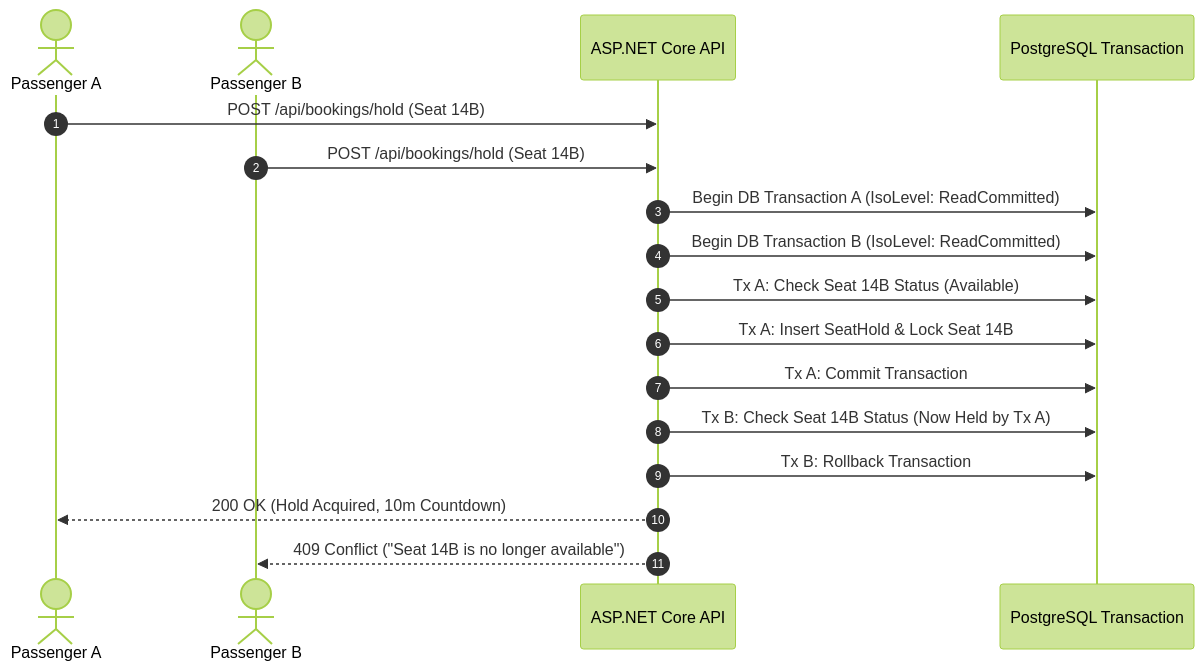
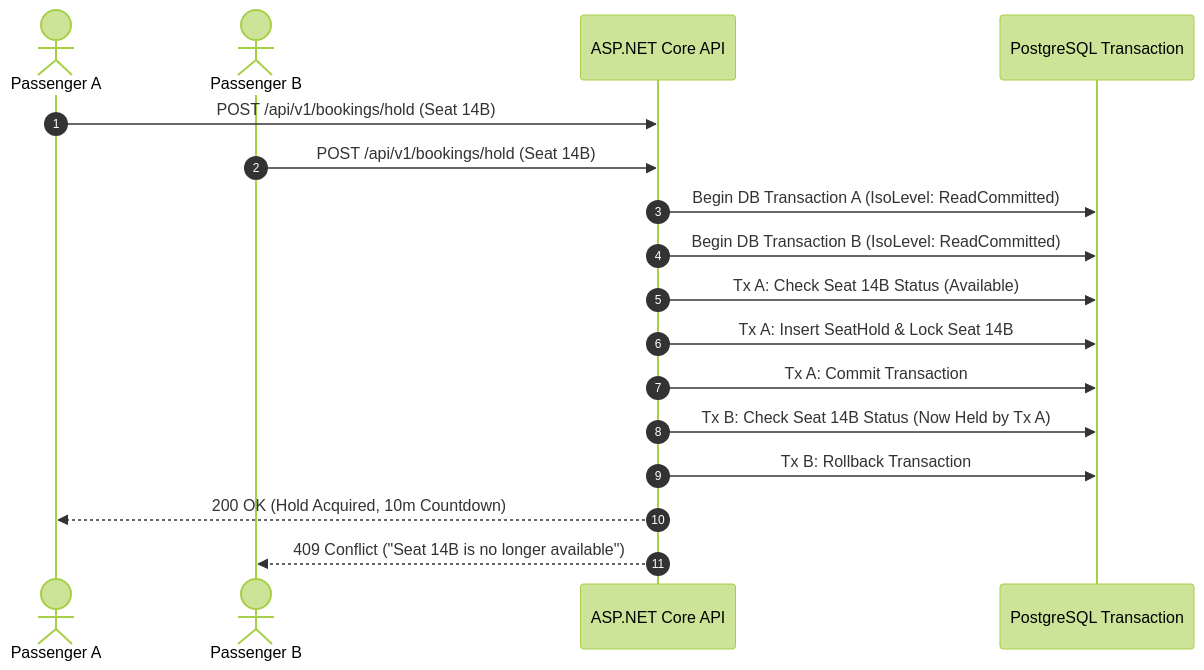
One commit to NuhadhMohomed/WayPoint changed the diagram in docs/architecture/api-design.md. Above: the diagram before and after it, drawn with Mermaid (forest theme). The commit also changed other lines of this file and 18 other files, not shown here.

````diff
--- a/docs/architecture/api-design.md
+++ b/docs/architecture/api-design.md
@@ -388,23 +388,23 @@
 ```mermaid
 sequenceDiagram
     autonumber
     actor Passenger A
     actor Passenger B
     participant API as ASP.NET Core API
     participant DB as PostgreSQL Transaction
 
-    Passenger A->>API: POST /api/bookings/hold (Seat 14B)
-    Passenger B->>API: POST /api/bookings/hold (Seat 14B)
+    Passenger A->>API: POST /api/v1/bookings/hold (Seat 14B)
+    Passenger B->>API: POST /api/v1/bookings/hold (Seat 14B)
 
     API->>DB: Begin DB Transaction A (IsoLevel: ReadCommitted)
     API->>DB: Begin DB Transaction B (IsoLevel: ReadCommitted)
 
     API->>DB: Tx A: Check Seat 14B Status (Available)
     API->>DB: Tx A: Insert SeatHold & Lock Seat 14B
     API->>DB: Tx A: Commit Transaction
 
     API->>DB: Tx B: Check Seat 14B Status (Now Held by Tx A)
     API->>DB: Tx B: Rollback Transaction
     API-->>Passenger A: 200 OK (Hold Acquired, 10m Countdown)
     API-->>Passenger B: 409 Conflict ("Seat 14B is no longer available")
 ```
````
